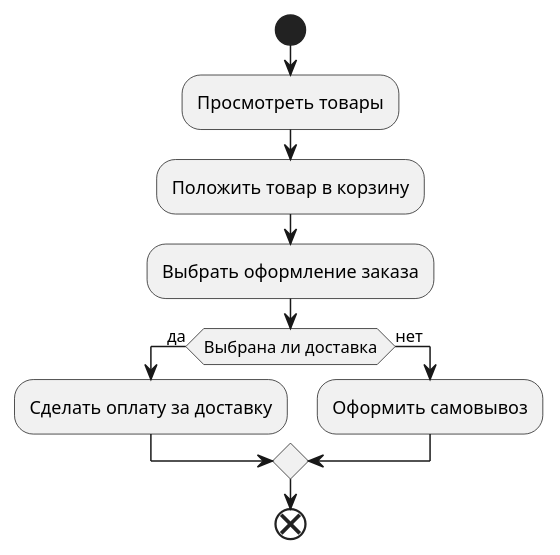
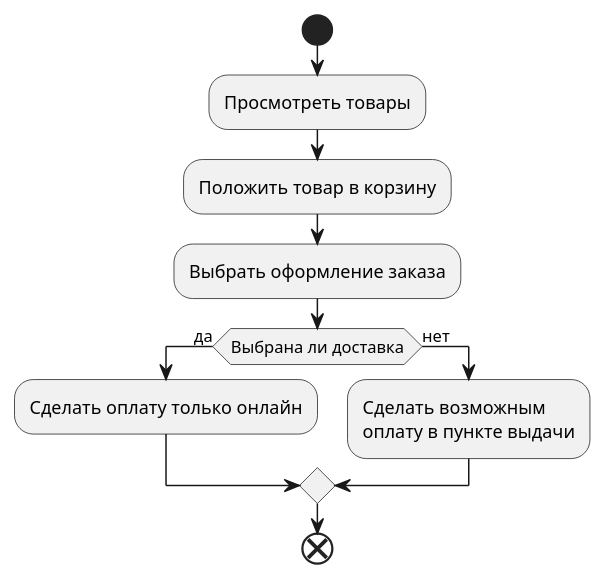
The diagram in docs/activity-client.pu (Dmitriy-M1319/CrystalApp), drawn with PlantUML before and after one commit. The commit also changed 3 other files, not shown here.

Commit message:
fix some diagrams

```diff
--- a/docs/activity-client.pu
+++ b/docs/activity-client.pu
@@ -1,13 +1,13 @@
 @startuml Диаграмма активности для клиента
 start
 :Просмотреть товары;
 :Положить товар в корзину;
 :Выбрать оформление заказа;
 
 if (Выбрана ли доставка) then (да)
-    :Сделать оплату за доставку;
+    :Сделать оплату только онлайн;
 else (нет)
-    :Оформить самовывоз;
+    :Сделать возможным\nоплату в пункте выдачи;
 endif
 end
 @enduml
```
